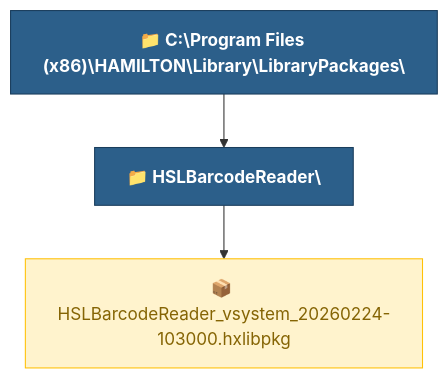
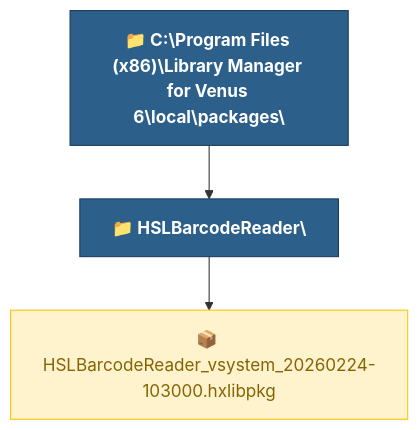
The diagram in CHM Help Source Files/mermaid_src/05_syslib_backup_path.mmd (zdmilot/Library-Manager), drawn with Mermaid before and after one commit. The commit also changed 17 other files, not shown here.

```diff
--- a/CHM Help Source Files/mermaid_src/05_syslib_backup_path.mmd
+++ b/CHM Help Source Files/mermaid_src/05_syslib_backup_path.mmd
@@ -1,10 +1,10 @@
 graph TD
     classDef folder fill:#2c5f8a,color:#fff,stroke:#1a3d5c,font-weight:bold
     classDef pkg fill:#fff3cd,color:#856404,stroke:#ffc107
 
-    ROOT["📁 C:\Program Files (x86)\HAMILTON\Library\LibraryPackages\"]:::folder
+    ROOT["📁 C:\Program Files (x86)\Library Manager for Venus 6\local\packages\"]:::folder
     BC["📁 HSLBarcodeReader\"]:::folder
     BCF["📦 HSLBarcodeReader_vsystem_20260224-103000.hxlibpkg"]:::pkg
 
     ROOT --> BC
     BC --> BCF
```
